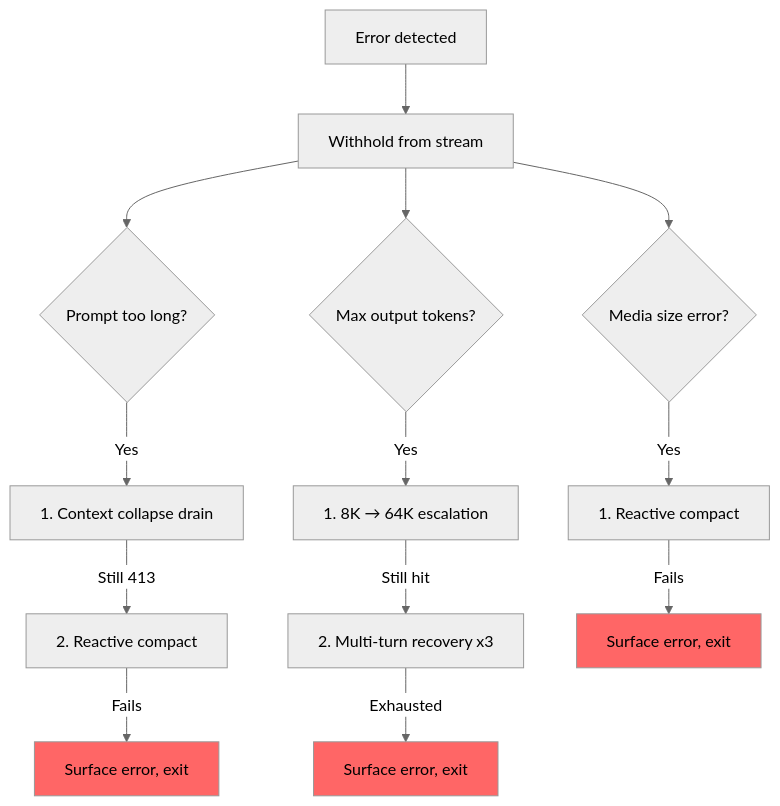
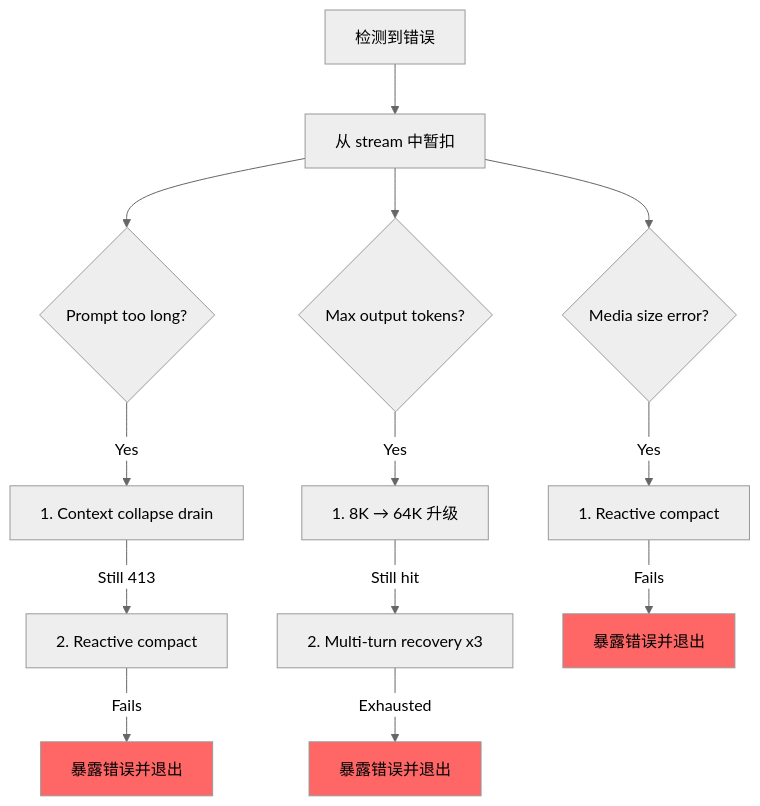
One commit to quanuanc/claude-code-from-source changed the third of 3 diagrams in book-zh/ch05-agent-loop.md. Above: the diagram before and after it, drawn with Mermaid (neutral theme). The commit also changed other lines of this file and 1 other file, not shown here.

````diff
--- a/book-zh/ch05-agent-loop.md
+++ b/book-zh/ch05-agent-loop.md
@@ -312,23 +305,23 @@
 ```mermaid
 graph TD
-    E[Error detected] --> W[Withhold from stream]
+    E[检测到错误] --> W[从 stream 中暂扣]
 
     W --> P{Prompt too long?}
     W --> M{Max output tokens?}
     W --> I{Media size error?}
 
     P -->|Yes| C1[1. Context collapse drain]
     C1 -->|Still 413| C2[2. Reactive compact]
-    C2 -->|Fails| S1[Surface error, exit]
+    C2 -->|Fails| S1[暴露错误并退出]
 
-    M -->|Yes| M1[1. 8K → 64K escalation]
+    M -->|Yes| M1[1. 8K → 64K 升级]
     M1 -->|Still hit| M2[2. Multi-turn recovery x3]
-    M2 -->|Exhausted| S2[Surface error, exit]
+    M2 -->|Exhausted| S2[暴露错误并退出]
 
     I -->|Yes| I1[1. Reactive compact]
-    I1 -->|Fails| S3[Surface error, exit]
+    I1 -->|Fails| S3[暴露错误并退出]
 
     style S1 fill:#f66
     style S2 fill:#f66
     style S3 fill:#f66
 ```
````
